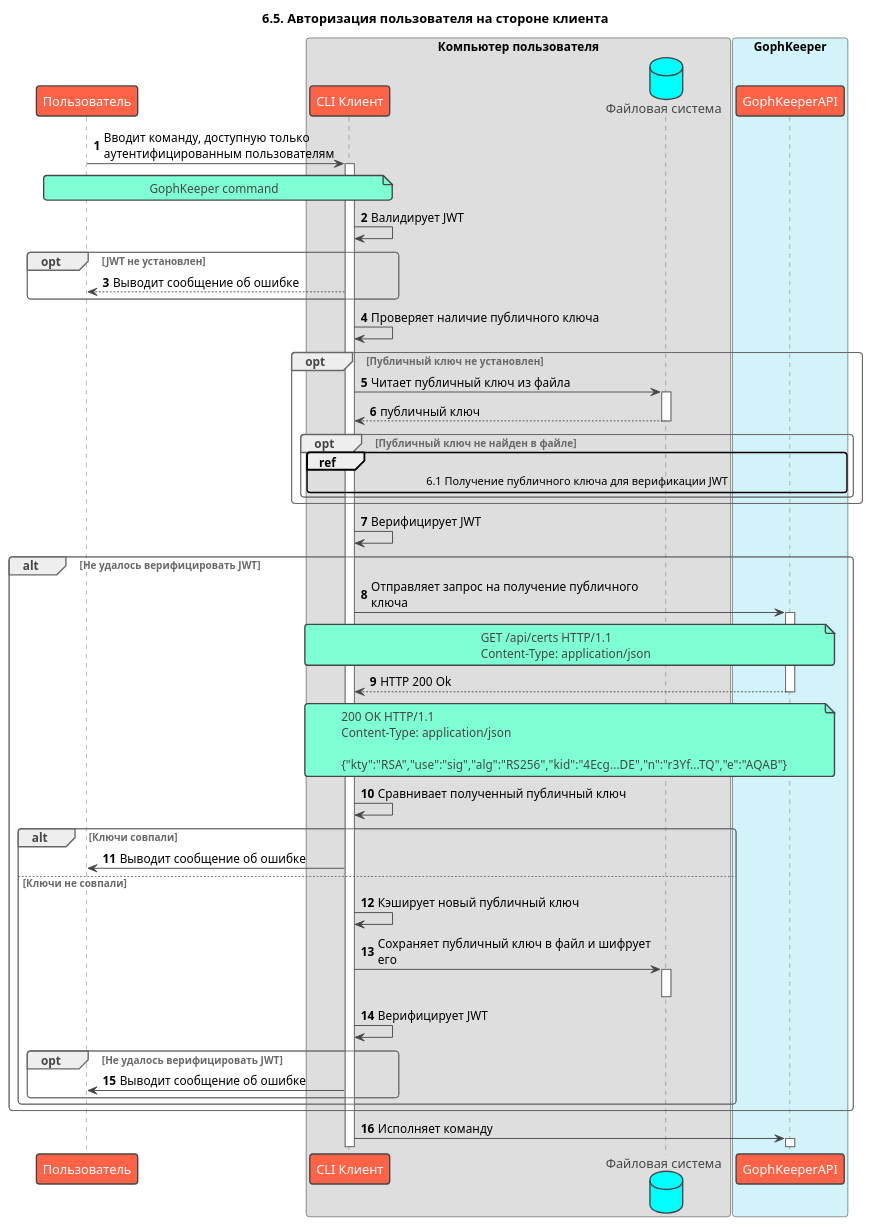
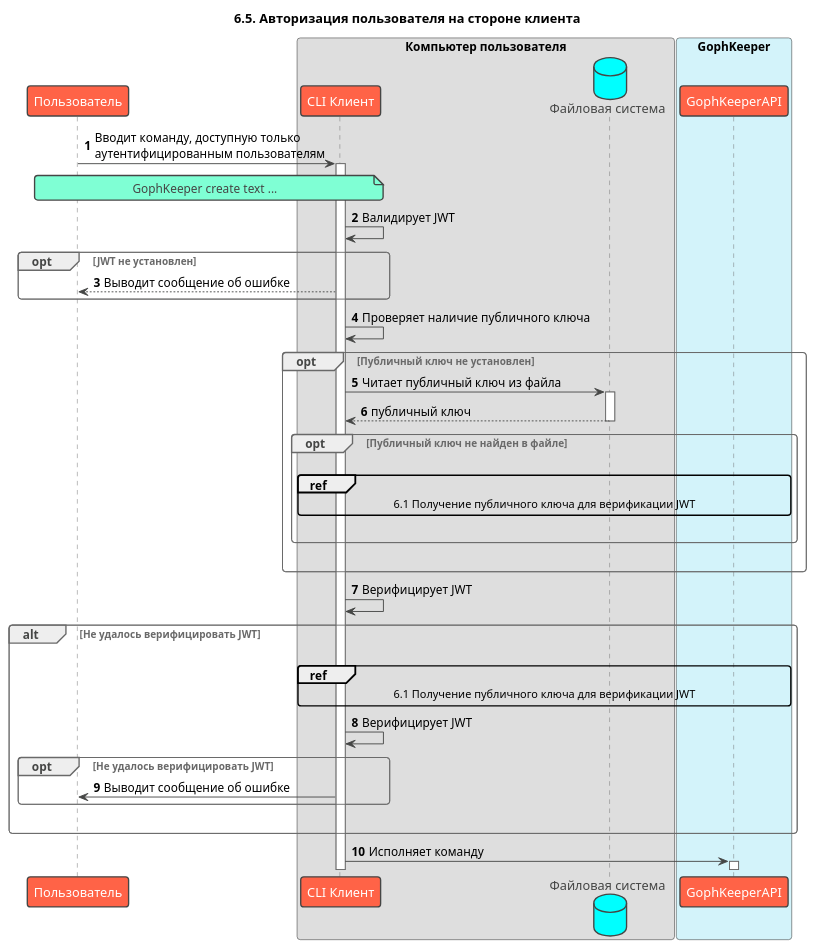
Before and after one commit to Nickolasll/GophKeeper: the diagram in docs/arc42/6. Runtime View/6.5 Client Auth.puml, drawn with PlantUML. The commit also changed 24 other files, not shown here.

```diff
--- a/docs/arc42/6. Runtime View/6.5 Client Auth.puml
+++ b/docs/arc42/6. Runtime View/6.5 Client Auth.puml
@@ -1,71 +1,57 @@
 @startuml
 !theme vibrant
 title: 6.5. Авторизация пользователя на стороне клиента
 skinparam maxMessageSize 300
 autonumber
 
 participant "Пользователь" as user
 box "Компьютер пользователя" #DEDEDE
     participant "CLI Клиент" as client
     database "Файловая система" as file
 end box
 box "GophKeeper" #d3f3fa
     participant "GophKeeperAPI" as api
 end box
 
 user -> client ++ : Вводит команду, доступную только аутентифицированным пользователям
 note over user, client
-    GophKeeper command
+    GophKeeper create text ...
 end note
 
 client -> client: Валидирует JWT
 
 opt JWT не установлен
     client --> user: Выводит сообщение об ошибке
 end
 
 client -> client: Проверяет наличие публичного ключа
 
 opt Публичный ключ не установлен
     client -> file ++ : Читает публичный ключ из файла
     return публичный ключ
     
     opt Публичный ключ не найден в файле
+        |||
         ref over client, api
             6.1 Получение публичного ключа для верификации JWT
         end
+        |||
     end
+    |||
 end
 
 client -> client: Верифицирует JWT
 
 alt Не удалось верифицировать JWT
-    client -> api ++ : Отправляет запрос на получение публичного ключа
-    note over client, api
-        GET /api/certs HTTP/1.1
-        Content-Type: application/json
-    end note
-
-    return HTTP 200 Ok
-    note over client, api
-        200 OK HTTP/1.1
-        Content-Type: application/json
-
-        {"kty":"RSA","use":"sig","alg":"RS256","kid":"4Ecg...DE","n":"r3Yf...TQ","e":"AQAB"} 
-    end note
-    client -> client: Сравнивает полученный публичный ключ
-    alt Ключи совпали
+    |||
+    ref over client, api
+        6.1 Получение публичного ключа для верификации JWT
+    end
+    client -> client: Верифицирует JWT
+    opt Не удалось верифицировать JWT
         client -> user: Выводит сообщение об ошибке
-    else Ключи не совпали
-        client -> client: Кэширует новый публичный ключ
-        client -> file: Сохраняет публичный ключ в файл и шифрует его
-        activate file
-        deactivate file
-        client -> client: Верифицирует JWT
-        opt Не удалось верифицировать JWT
-            client -> user: Выводит сообщение об ошибке
-        end
     end
+    |||
 end
 client -> api ++ : Исполняет команду
 @enduml
```
